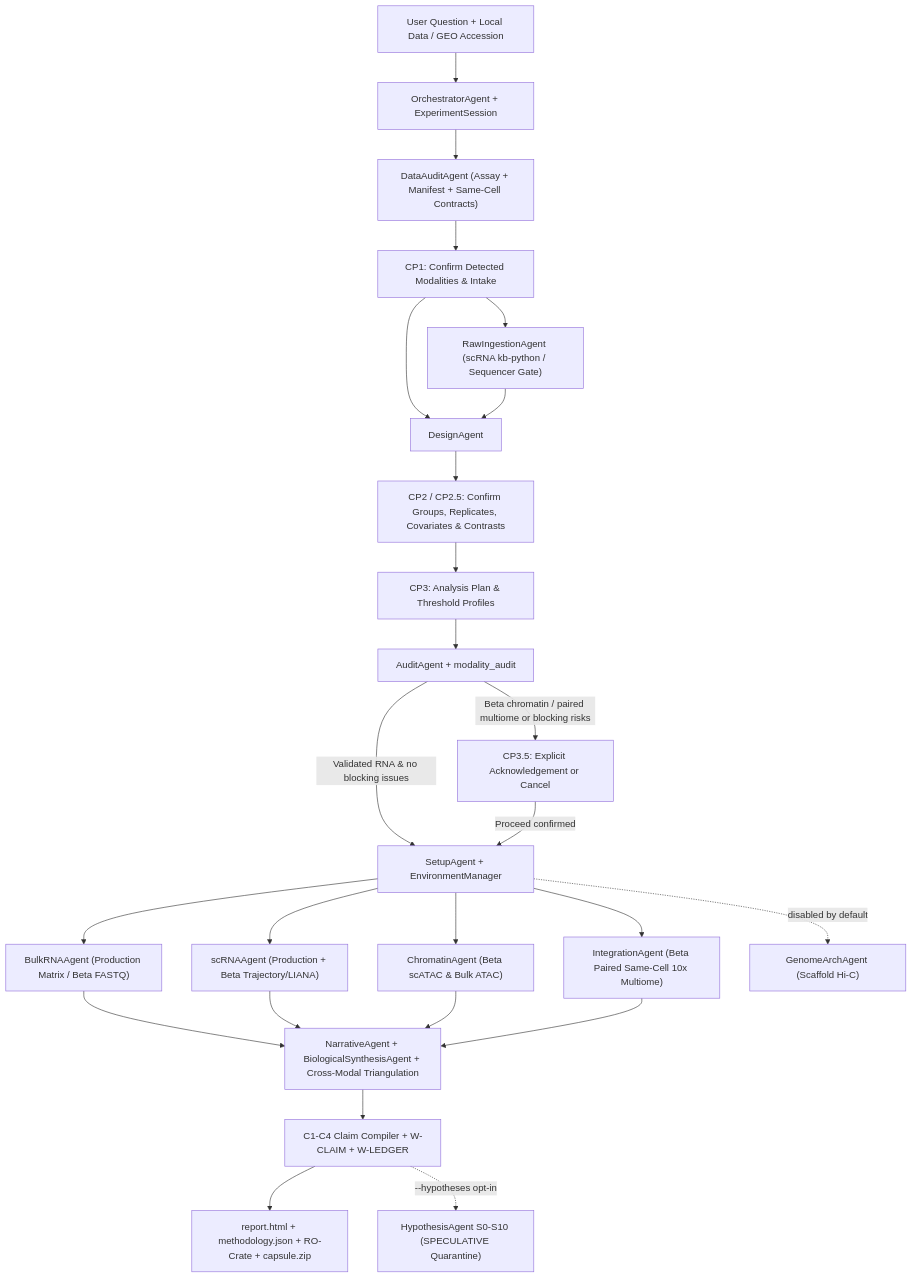
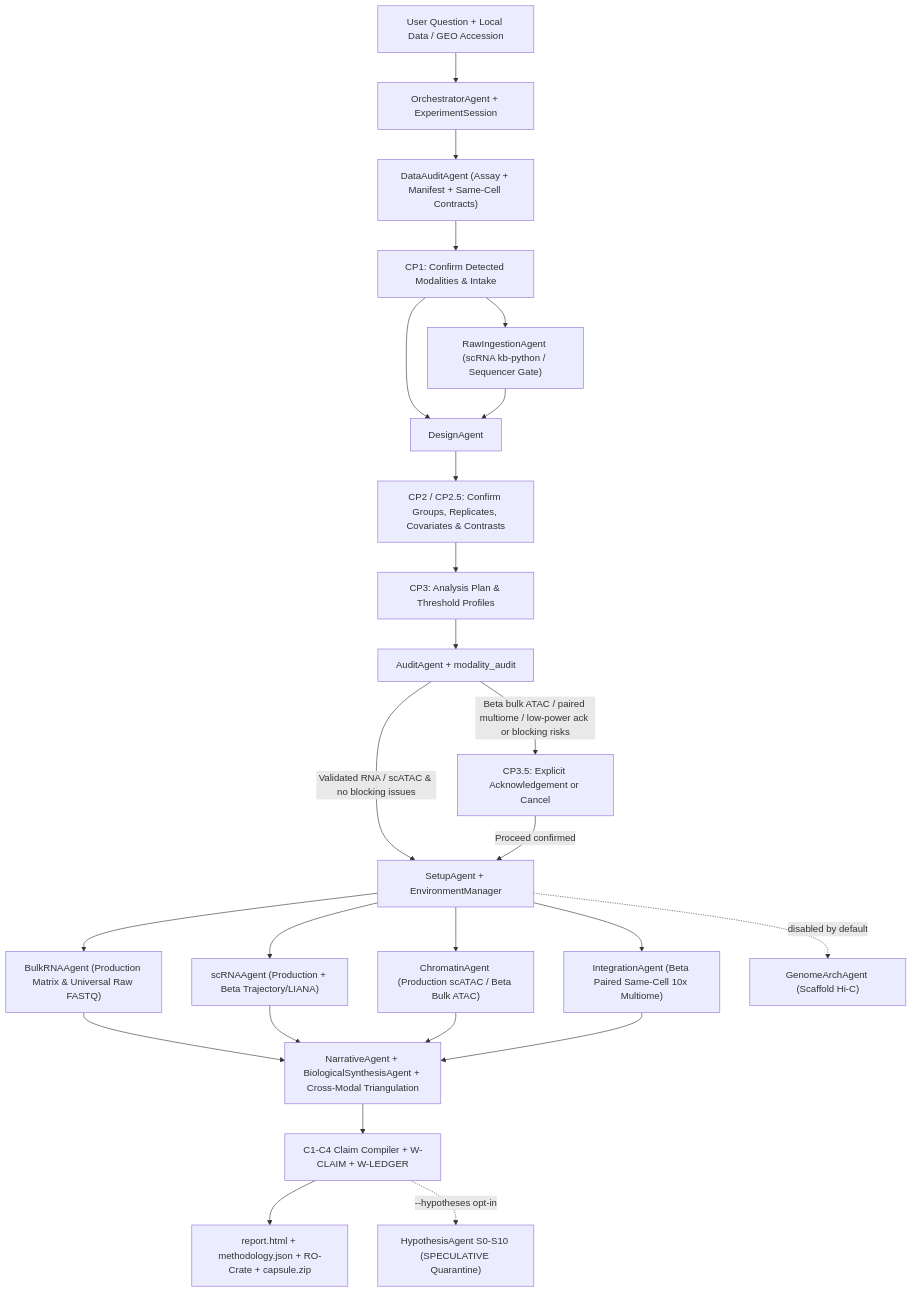
Before and after one commit to Olascoaga/aria-omics: the diagram in docs/architecture/overview.md, drawn with Mermaid. The commit also changed other lines of this file and 41 other files, not shown here.

Commit message:
feat(chromatin): universal multi-platform scATAC engine and promote scATAC to production (ADR-076)

````diff
--- a/docs/architecture/overview.md
+++ b/docs/architecture/overview.md
@@ -16,27 +16,27 @@
 ```mermaid
 flowchart TD
     U["User Question + Local Data / GEO Accession"] --> O["OrchestratorAgent + ExperimentSession"]
     O --> DA["DataAuditAgent (Assay + Manifest + Same-Cell Contracts)"]
     DA --> CP1["CP1: Confirm Detected Modalities & Intake"]
     CP1 --> RAW["RawIngestionAgent (scRNA kb-python / Sequencer Gate)"]
     CP1 --> D["DesignAgent"]
     RAW --> D
     D --> CP2["CP2 / CP2.5: Confirm Groups, Replicates, Covariates & Contrasts"]
     CP2 --> CP3["CP3: Analysis Plan & Threshold Profiles"]
     CP3 --> A["AuditAgent + modality_audit"]
-    A -->|Beta chromatin / paired multiome or blocking risks| CP35["CP3.5: Explicit Acknowledgement or Cancel"]
-    A -->|Validated RNA & no blocking issues| SETUP["SetupAgent + EnvironmentManager"]
+    A -->|Beta bulk ATAC / paired multiome / low-power ack or blocking risks| CP35["CP3.5: Explicit Acknowledgement or Cancel"]
+    A -->|Validated RNA / scATAC & no blocking issues| SETUP["SetupAgent + EnvironmentManager"]
     CP35 -->|Proceed confirmed| SETUP
-    SETUP --> B["BulkRNAAgent (Production Matrix / Beta FASTQ)"]
+    SETUP --> B["BulkRNAAgent (Production Matrix & Universal Raw FASTQ)"]
     SETUP --> S["scRNAAgent (Production + Beta Trajectory/LIANA)"]
-    SETUP --> C["ChromatinAgent (Beta scATAC & Bulk ATAC)"]
+    SETUP --> C["ChromatinAgent (Production scATAC / Beta Bulk ATAC)"]
     SETUP --> INT["IntegrationAgent (Beta Paired Same-Cell 10x Multiome)"]
     SETUP -. disabled by default .-> H["GenomeArchAgent (Scaffold Hi-C)"]
     B --> N["NarrativeAgent + BiologicalSynthesisAgent + Cross-Modal Triangulation"]
     S --> N
     C --> N
     INT --> N
     N --> COMP["C1-C4 Claim Compiler + W-CLAIM + W-LEDGER"]
     COMP --> R["report.html + methodology.json + RO-Crate + capsule.zip"]
     COMP -. "--hypotheses opt-in" .-> HYPO["HypothesisAgent S0-S10 (SPECULATIVE Quarantine)"]
 ```
````
